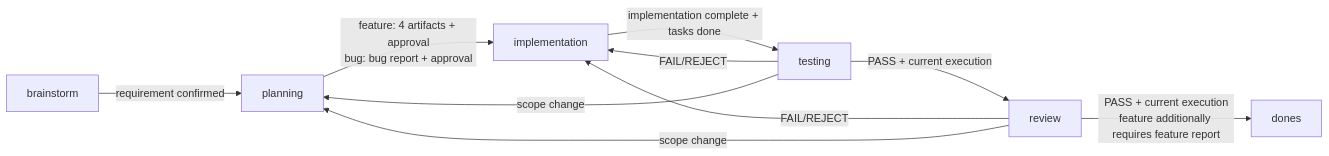
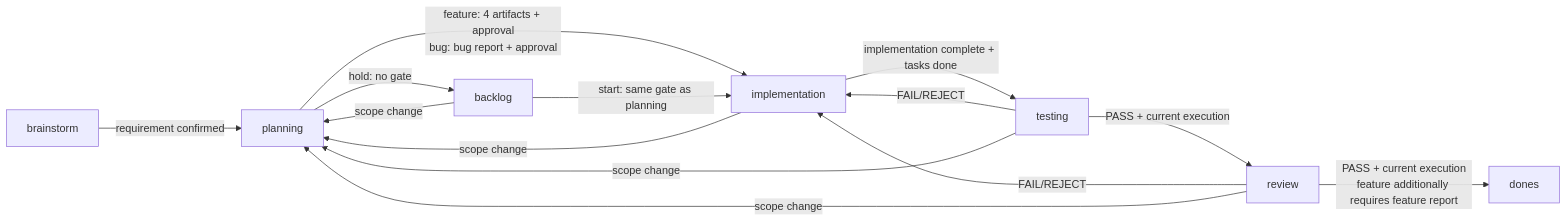
One commit to phuthuycoding/kanban-flow changed the diagram in docs/workflow/gates.md. Above: the diagram before and after it, drawn with Mermaid. The commit also changed other lines of this file and 12 other files, not shown here.

````diff
--- a/docs/workflow/gates.md
+++ b/docs/workflow/gates.md
@@ -37,12 +39,16 @@
 ```mermaid
 flowchart LR
     B[brainstorm] -->|requirement confirmed| P[planning]
     P -->|feature: 4 artifacts + approval<br/>bug: bug report + approval| I[implementation]
     I -->|implementation complete + tasks done| T[testing]
     T -->|PASS + current execution| R[review]
     T -->|FAIL/REJECT| I
     R -->|PASS + current execution<br/>feature additionally requires feature report| D[dones]
     R -->|FAIL/REJECT| I
     T -->|scope change| P
     R -->|scope change| P
+    P -->|hold: no gate| BL[backlog]
+    BL -->|start: same gate as planning| I
+    BL -->|scope change| P
+    I -->|scope change| P
 ```
````
